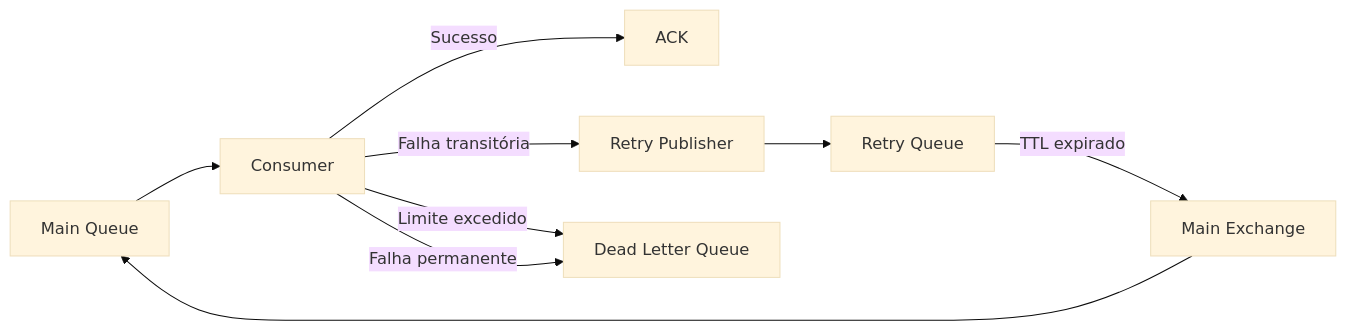
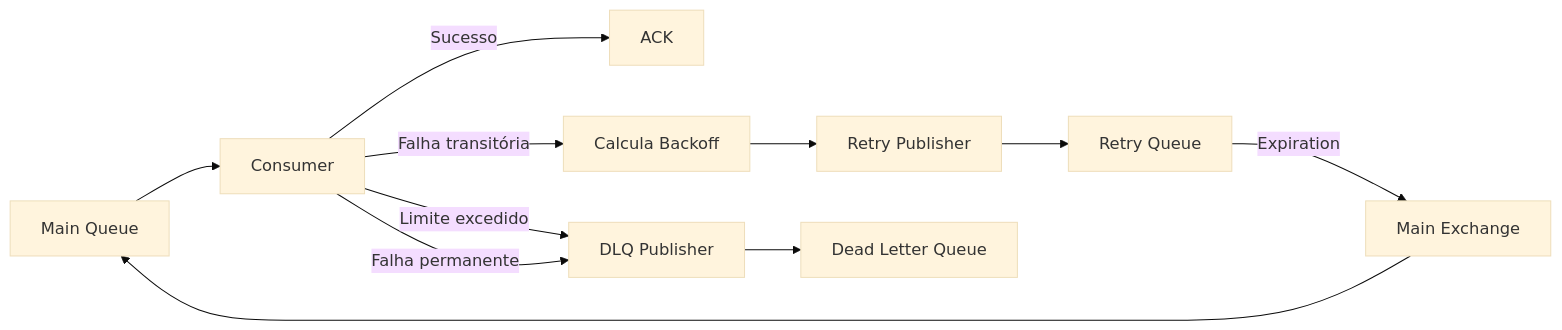
Before and after one commit to MarcosMj2rs/OrderFlow: the diagram in docs/adr/ADR-012-Retry.md, drawn with Mermaid (base theme). The commit also changed other lines of this file and 2 other files, not shown here.

Commit message:
docs(retry): document exponential backoff and retry strategy

````diff
--- a/docs/adr/ADR-012-Retry.md
+++ b/docs/adr/ADR-012-Retry.md
@@ -452,20 +480,24 @@
 ```mermaid
 flowchart LR
 
 A[Main Queue]
 --> B[Consumer]
 
 B -->|Sucesso| C[ACK]
 
-B -->|Falha transitória| D[Retry Publisher]
+B -->|Falha transitória| D[Calcula Backoff]
 
-D --> E[Retry Queue]
+D --> E[Retry Publisher]
 
-E -->|TTL expirado| F[Main Exchange]
+E --> F[Retry Queue]
 
-F --> A
+F -->|Expiration| G[Main Exchange]
 
-B -->|Limite excedido| G[Dead Letter Queue]
+G --> A
 
-B -->|Falha permanente| G
+B -->|Limite excedido| H[DLQ Publisher]
+
+B -->|Falha permanente| H
+
+H --> I[Dead Letter Queue]
 ```
````
